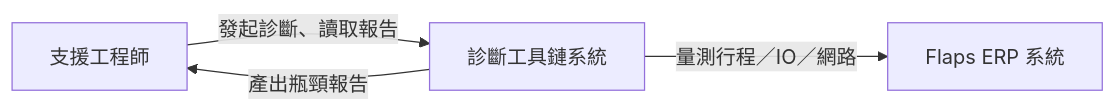
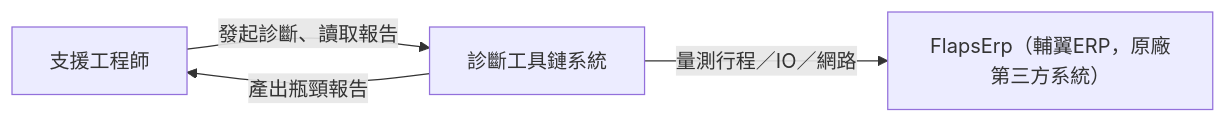
Before and after one commit to it-wellfit/dev: the second of 3 diagrams in .kilo/plans/1793033512795-toolchain-evaluation-methodology.md, drawn with Mermaid. The commit also changed other lines of this file and 70 other files, not shown here.

````diff
--- a/.kilo/plans/1793033512795-toolchain-evaluation-methodology.md
+++ b/.kilo/plans/1793033512795-toolchain-evaluation-methodology.md
@@ -359,9 +387,9 @@
 ```mermaid
 flowchart LR
     user["支援工程師"]
-    erp["Flaps ERP 系統"]
+    erp["FlapsErp（輔翼ERP，原廠第三方系統）"]
     system["診斷工具鏈系統"]
     user -->|發起診斷、讀取報告| system
     system -->|量測行程／IO／網路| erp
     system -->|產出瓶頸報告| user
 ```
````
